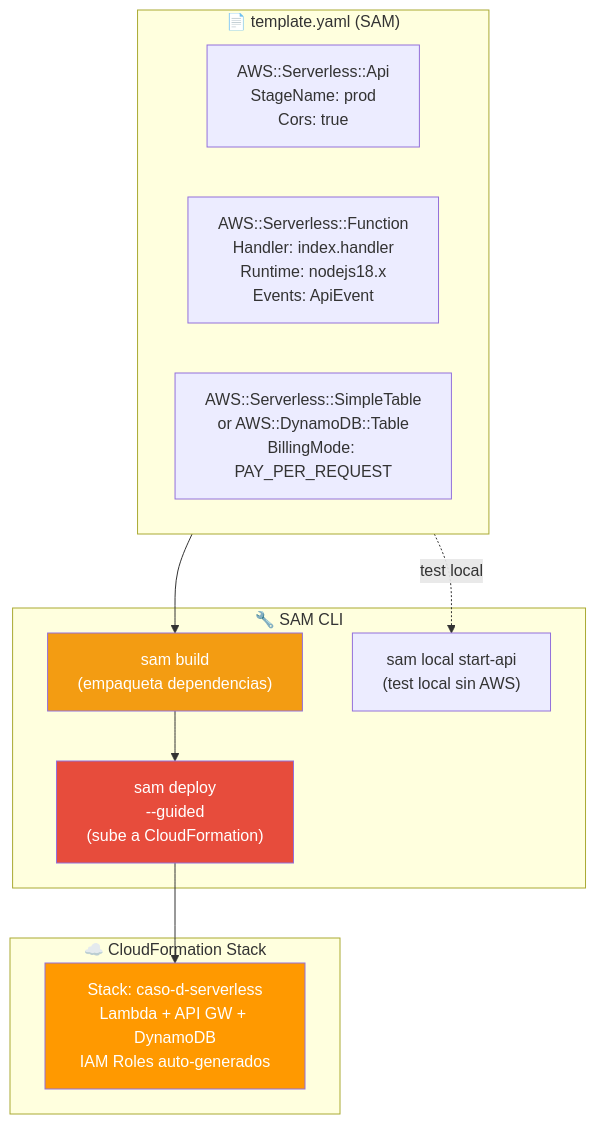
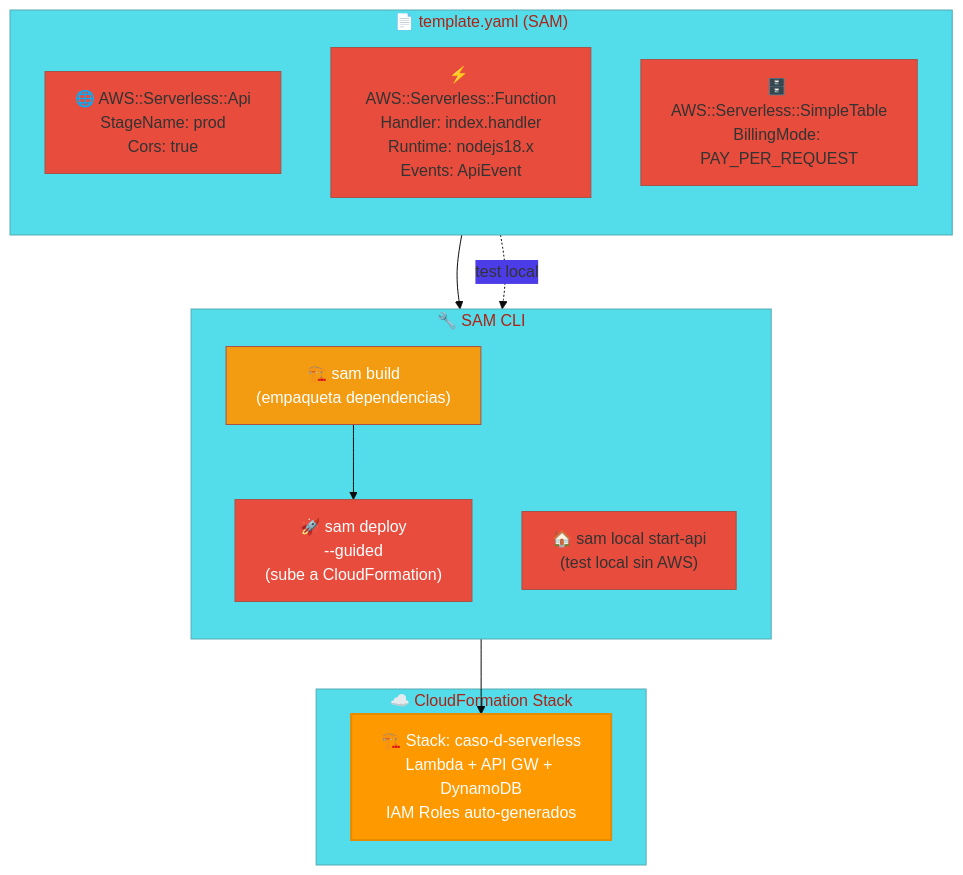
Before and after one commit to vladimiracunadev-create/proyectos-aws: the fourth of 4 diagrams in caso-d-serverless-basic/docs/architecture.md, drawn with Mermaid. The commit also changed other lines of this file and 6 other files, not shown here.

Commit message:
docs: mass optimization of architecture diagrams for all completed cases (A, B, C, D, J, K, L) - vertical flow and premium styles

````diff
--- a/caso-d-serverless-basic/docs/architecture.md
+++ b/caso-d-serverless-basic/docs/architecture.md
@@ -127,27 +136,30 @@
 ```mermaid
+%%{init: {'theme': 'base', 'themeVariables': { 'primaryColor': '#E74C3C', 'fontsize': '16px' }}}%%
 graph TB
     subgraph SAM["📄 template.yaml (SAM)"]
-        API["AWS::Serverless::Api\nStageName: prod\nCors: true"]
-        Func["AWS::Serverless::Function\nHandler: index.handler\nRuntime: nodejs18.x\nEvents: ApiEvent"]
-        DB["AWS::Serverless::SimpleTable\nor AWS::DynamoDB::Table\nBillingMode: PAY_PER_REQUEST"]
+        direction TB
+        API["🌐 AWS::Serverless::Api\nStageName: prod\nCors: true"]
+        Func["⚡ AWS::Serverless::Function\nHandler: index.handler\nRuntime: nodejs18.x\nEvents: ApiEvent"]
+        DB["🗄️ AWS::Serverless::SimpleTable\nBillingMode: PAY_PER_REQUEST"]
     end
 
     subgraph CLI["🔧 SAM CLI"]
-        Build["sam build\n(empaqueta dependencias)"]
-        Deploy["sam deploy\n--guided\n(sube a CloudFormation)"]
-        Local["sam local start-api\n(test local sin AWS)"]
+        direction TB
+        Build["🏗️ sam build\n(empaqueta dependencias)"]
+        Deploy["🚀 sam deploy\n--guided\n(sube a CloudFormation)"]
+        Local["🏠 sam local start-api\n(test local sin AWS)"]
     end
 
     subgraph CF["☁️ CloudFormation Stack"]
-        Stack["Stack: caso-d-serverless\nLambda + API GW + DynamoDB\nIAM Roles auto-generados"]
+        Stack["🏗️ Stack: caso-d-serverless\nLambda + API GW + DynamoDB\nIAM Roles auto-generados"]
     end
 
     SAM --> Build
     Build --> Deploy
     Deploy --> Stack
     SAM -.->|"test local"| Local
 
     style Build fill:#F39C12,color:#fff
     style Deploy fill:#E74C3C,color:#fff
-    style Stack fill:#FF9900,color:#fff
+    style Stack fill:#FF9900,color:#fff,stroke:#e68a00,stroke-width:2px
 ```
````
